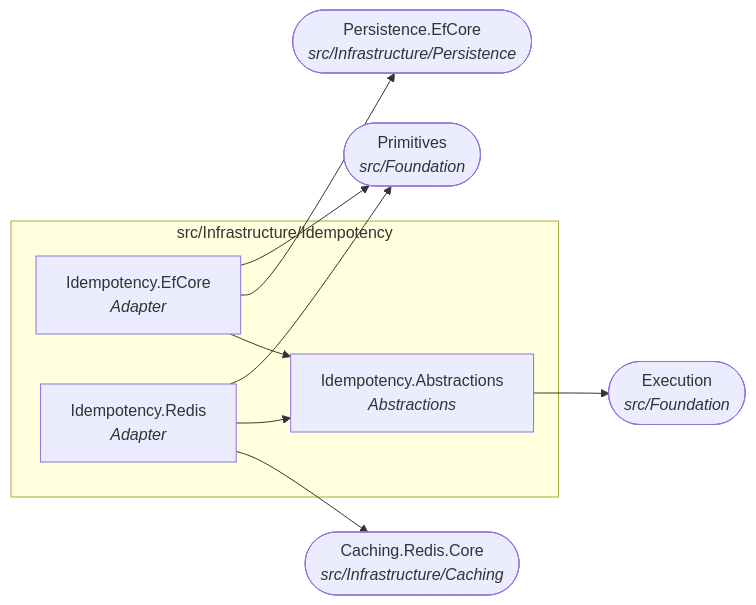
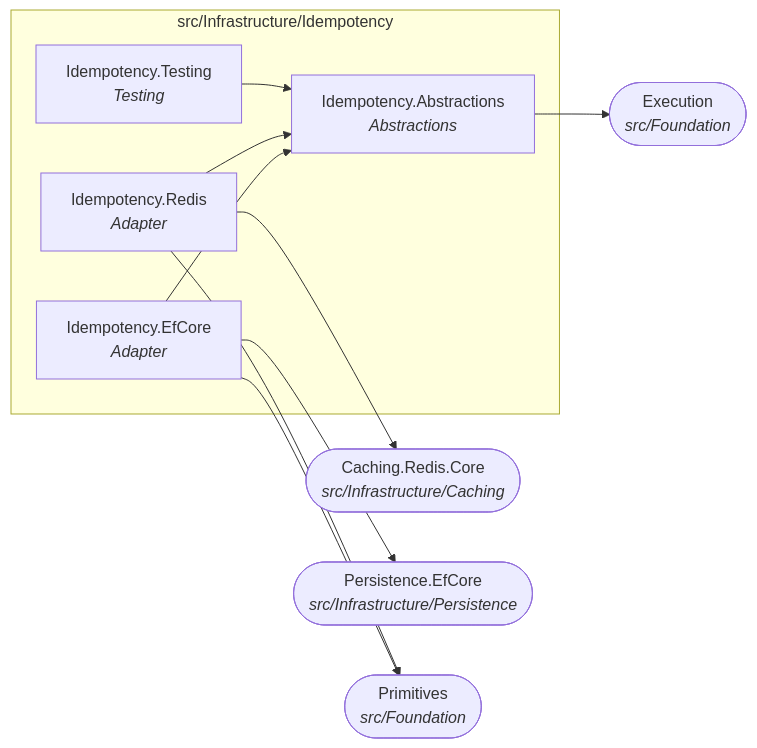
The tenth of 22 diagrams in docs/dependency-graph.md (Gresta-Vertex-Labs/platform-shared-kernel), drawn with Mermaid before and after one commit. The commit also changed other lines of this file and 508 other files, not shown here.

````diff
--- a/docs/dependency-graph.md
+++ b/docs/dependency-graph.md
@@ -361,19 +385,21 @@
 ```mermaid
 flowchart LR
   subgraph folder_src_Infrastructure_Idempotency["src/Infrastructure/Idempotency"]
     SharedKernel_Idempotency_Abstractions["Idempotency.Abstractions<br/><i>Abstractions</i>"]
     SharedKernel_Idempotency_EfCore["Idempotency.EfCore<br/><i>Adapter</i>"]
     SharedKernel_Idempotency_Redis["Idempotency.Redis<br/><i>Adapter</i>"]
+    SharedKernel_Idempotency_Testing["Idempotency.Testing<br/><i>Testing</i>"]
   end
   SharedKernel_Caching_Redis_Core(["Caching.Redis.Core<br/><i>src/Infrastructure/Caching</i>"])
   SharedKernel_Execution(["Execution<br/><i>src/Foundation</i>"])
   SharedKernel_Persistence_EfCore(["Persistence.EfCore<br/><i>src/Infrastructure/Persistence</i>"])
   SharedKernel_Primitives(["Primitives<br/><i>src/Foundation</i>"])
   SharedKernel_Idempotency_Abstractions --> SharedKernel_Execution
   SharedKernel_Idempotency_EfCore --> SharedKernel_Idempotency_Abstractions
   SharedKernel_Idempotency_EfCore --> SharedKernel_Persistence_EfCore
   SharedKernel_Idempotency_EfCore --> SharedKernel_Primitives
   SharedKernel_Idempotency_Redis --> SharedKernel_Caching_Redis_Core
   SharedKernel_Idempotency_Redis --> SharedKernel_Idempotency_Abstractions
   SharedKernel_Idempotency_Redis --> SharedKernel_Primitives
+  SharedKernel_Idempotency_Testing --> SharedKernel_Idempotency_Abstractions
 ```
````
